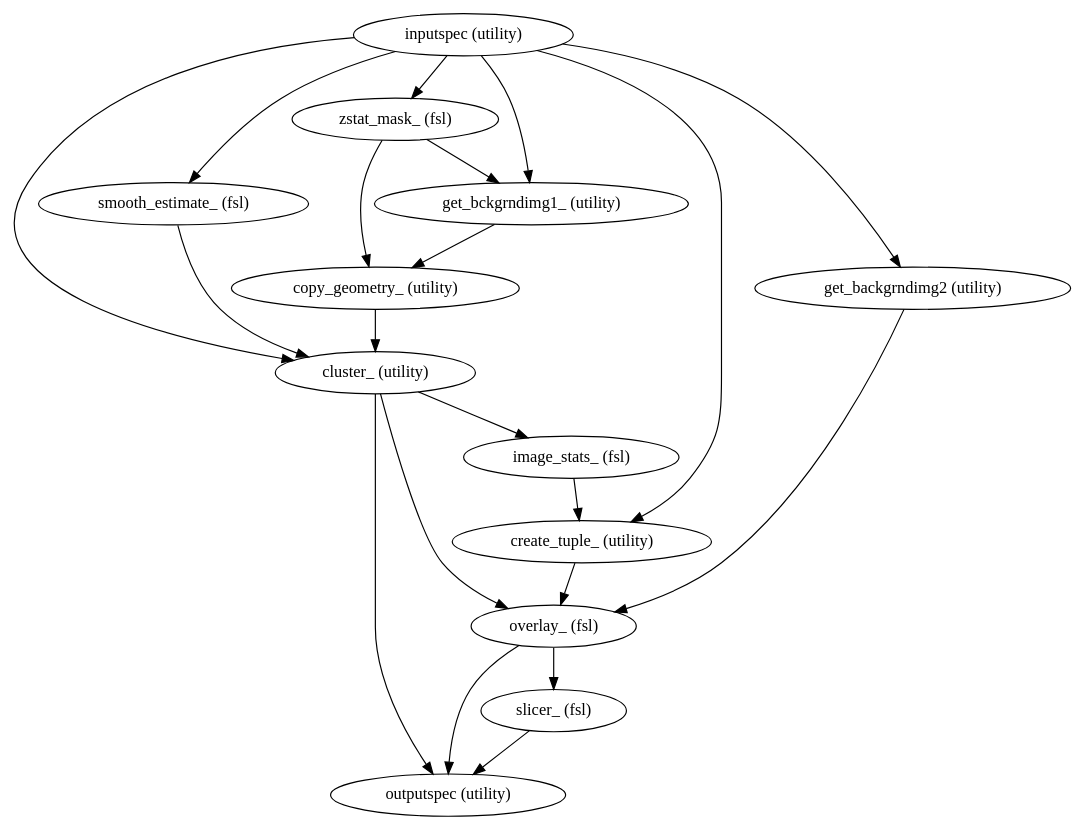
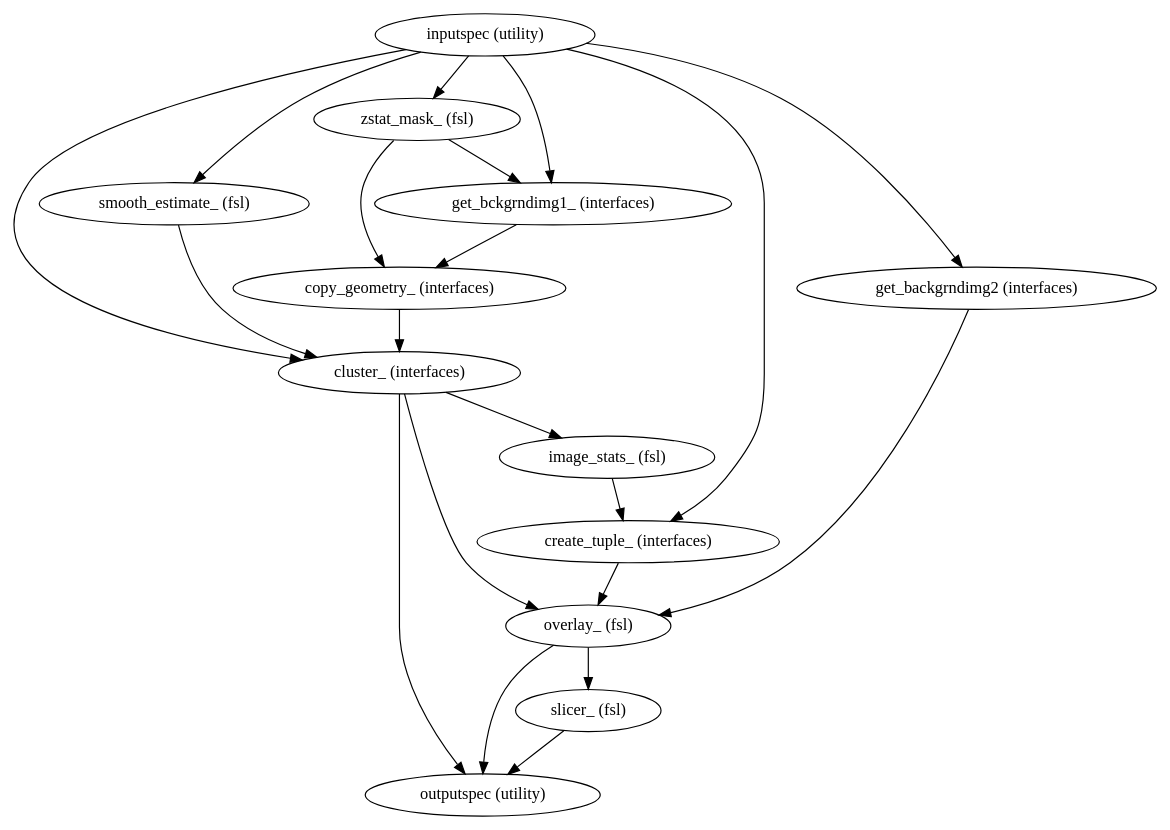
Before and after one commit to shnizzedy/fcp-indi.github.io: the diagram in docs/nightly/developer/workflows/images/generated/easy_thresh.dot, drawn with Graphviz. The commit also changed 277 other files, not shown here.

```diff
--- a/docs/nightly/developer/workflows/images/generated/easy_thresh.dot
+++ b/docs/nightly/developer/workflows/images/generated/easy_thresh.dot
@@ -1,34 +1,34 @@
 strict digraph  {
 "inputspec (utility)";
 "smooth_estimate_ (fsl)";
 "zstat_mask_ (fsl)";
-"get_bckgrndimg1_ (utility)";
-"cluster_ (utility)";
-"create_tuple_ (utility)";
-"get_backgrndimg2 (utility)";
-"copy_geometry_ (utility)";
+"get_bckgrndimg1_ (interfaces)";
+"cluster_ (interfaces)";
+"create_tuple_ (interfaces)";
+"get_backgrndimg2 (interfaces)";
+"copy_geometry_ (interfaces)";
 "image_stats_ (fsl)";
 "overlay_ (fsl)";
 "outputspec (utility)";
 "slicer_ (fsl)";
 "inputspec (utility)" -> "smooth_estimate_ (fsl)";
 "inputspec (utility)" -> "zstat_mask_ (fsl)";
-"inputspec (utility)" -> "get_bckgrndimg1_ (utility)";
-"inputspec (utility)" -> "cluster_ (utility)";
-"inputspec (utility)" -> "create_tuple_ (utility)";
-"inputspec (utility)" -> "get_backgrndimg2 (utility)";
-"smooth_estimate_ (fsl)" -> "cluster_ (utility)";
-"zstat_mask_ (fsl)" -> "get_bckgrndimg1_ (utility)";
-"zstat_mask_ (fsl)" -> "copy_geometry_ (utility)";
-"get_bckgrndimg1_ (utility)" -> "copy_geometry_ (utility)";
-"cluster_ (utility)" -> "image_stats_ (fsl)";
-"cluster_ (utility)" -> "overlay_ (fsl)";
-"cluster_ (utility)" -> "outputspec (utility)";
-"create_tuple_ (utility)" -> "overlay_ (fsl)";
-"get_backgrndimg2 (utility)" -> "overlay_ (fsl)";
-"copy_geometry_ (utility)" -> "cluster_ (utility)";
-"image_stats_ (fsl)" -> "create_tuple_ (utility)";
+"inputspec (utility)" -> "get_bckgrndimg1_ (interfaces)";
+"inputspec (utility)" -> "cluster_ (interfaces)";
+"inputspec (utility)" -> "create_tuple_ (interfaces)";
+"inputspec (utility)" -> "get_backgrndimg2 (interfaces)";
+"smooth_estimate_ (fsl)" -> "cluster_ (interfaces)";
+"zstat_mask_ (fsl)" -> "get_bckgrndimg1_ (interfaces)";
+"zstat_mask_ (fsl)" -> "copy_geometry_ (interfaces)";
+"get_bckgrndimg1_ (interfaces)" -> "copy_geometry_ (interfaces)";
+"cluster_ (interfaces)" -> "image_stats_ (fsl)";
+"cluster_ (interfaces)" -> "overlay_ (fsl)";
+"cluster_ (interfaces)" -> "outputspec (utility)";
+"create_tuple_ (interfaces)" -> "overlay_ (fsl)";
+"get_backgrndimg2 (interfaces)" -> "overlay_ (fsl)";
+"copy_geometry_ (interfaces)" -> "cluster_ (interfaces)";
+"image_stats_ (fsl)" -> "create_tuple_ (interfaces)";
 "overlay_ (fsl)" -> "slicer_ (fsl)";
 "overlay_ (fsl)" -> "outputspec (utility)";
 "slicer_ (fsl)" -> "outputspec (utility)";
 }
```
